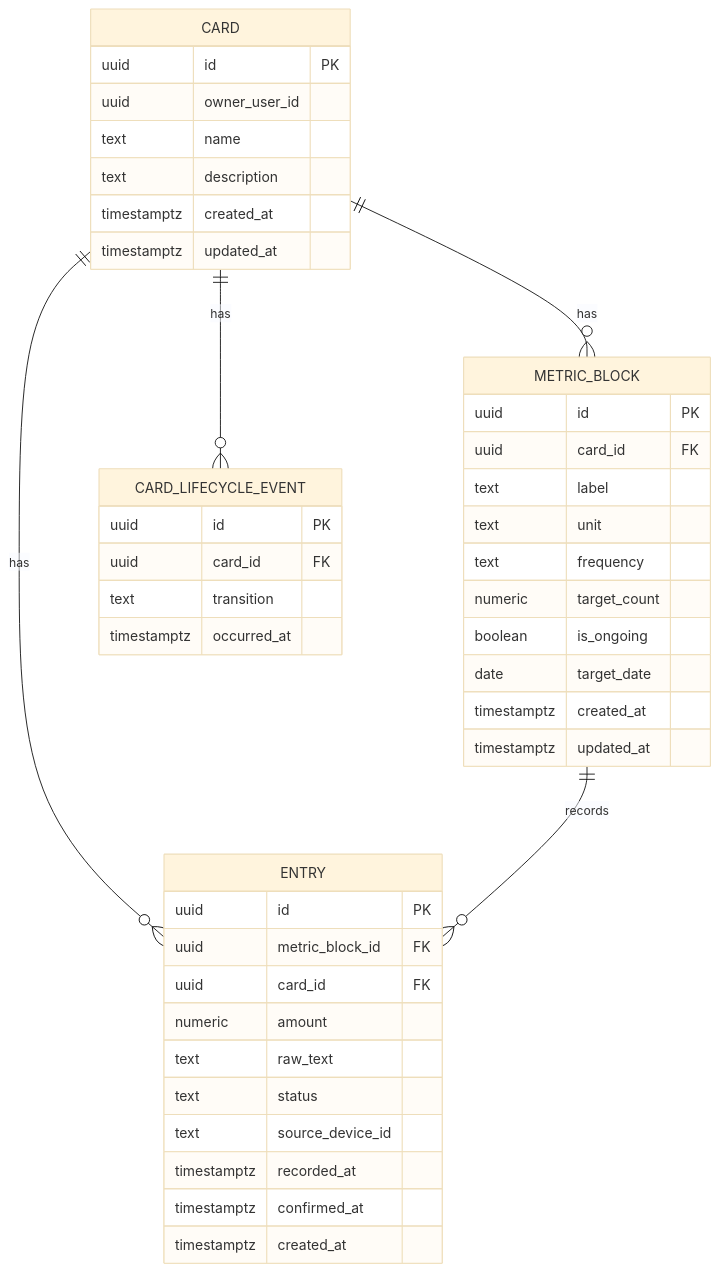
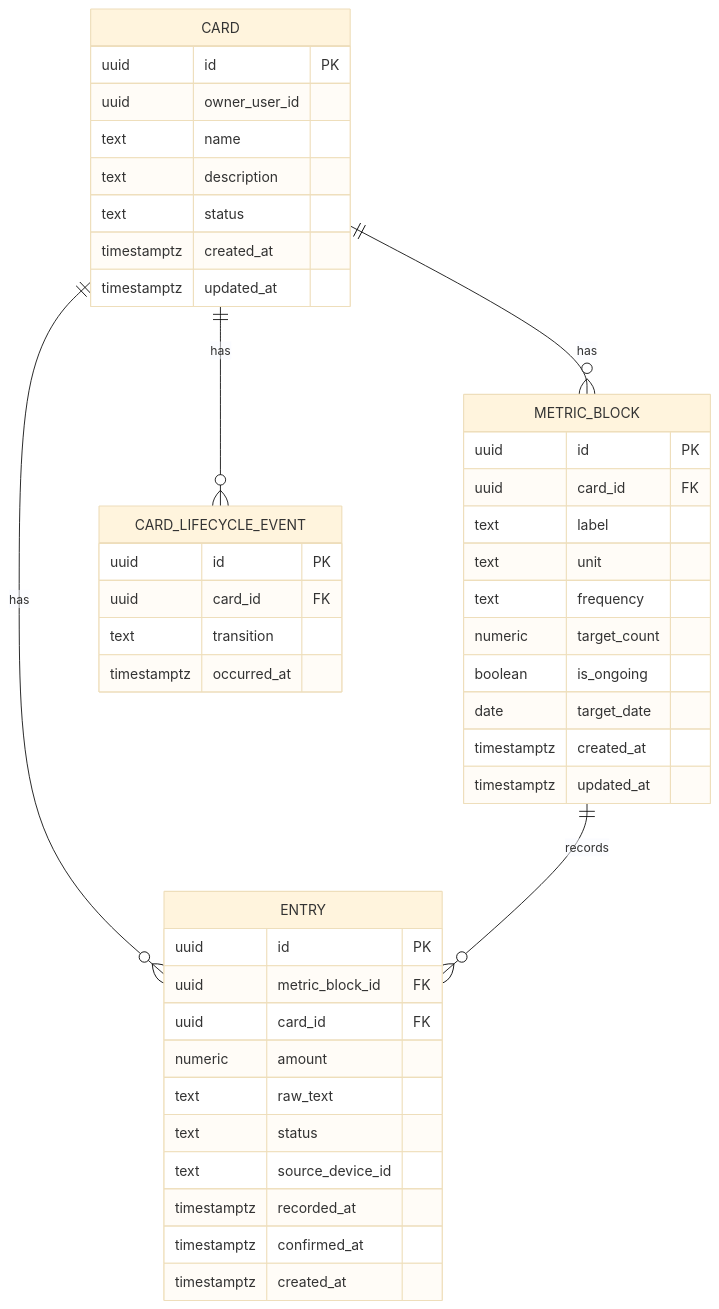
Before and after one commit to danyllukandrey-cloud/claude-workspace: the diagram in docs/features/life-area-card/data-model.md, drawn with Mermaid (base theme). The commit also changed other lines of this file and 5 other files, not shown here.

````diff
--- a/docs/features/life-area-card/data-model.md
+++ b/docs/features/life-area-card/data-model.md
@@ -15,46 +15,47 @@
 ```mermaid
 erDiagram
     CARD ||--o{ METRIC_BLOCK : has
     CARD ||--o{ ENTRY : has
     CARD ||--o{ CARD_LIFECYCLE_EVENT : has
     METRIC_BLOCK ||--o{ ENTRY : records
 
     CARD {
         uuid id PK
         uuid owner_user_id
         text name
         text description
+        text status
         timestamptz created_at
         timestamptz updated_at
     }
     METRIC_BLOCK {
         uuid id PK
         uuid card_id FK
         text label
         text unit
         text frequency
         numeric target_count
         boolean is_ongoing
         date target_date
         timestamptz created_at
         timestamptz updated_at
     }
     ENTRY {
         uuid id PK
         uuid metric_block_id FK
         uuid card_id FK
         numeric amount
         text raw_text
         text status
         text source_device_id
         timestamptz recorded_at
         timestamptz confirmed_at
         timestamptz created_at
     }
     CARD_LIFECYCLE_EVENT {
         uuid id PK
         uuid card_id FK
         text transition
         timestamptz occurred_at
     }
 ```
````
